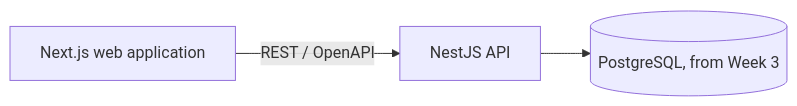
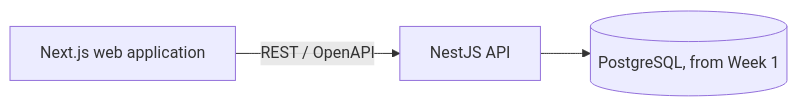
Before and after one commit to Dmitrii-Lobanov/signaldesk: the first of 2 diagrams in docs/ARCHITECTURE.md, drawn with Mermaid. The commit also changed other lines of this file and 12 other files, not shown here.

Commit message:
Update roadmap

````diff
--- a/docs/ARCHITECTURE.md
+++ b/docs/ARCHITECTURE.md
@@ -15,5 +15,5 @@
 ```mermaid
 flowchart LR
     Browser["Next.js web application"] -->|"REST / OpenAPI"| API["NestJS API"]
-    API --> DB[("PostgreSQL, from Week 3")]
+    API --> DB[("PostgreSQL, from Week 1")]
 ```
````
